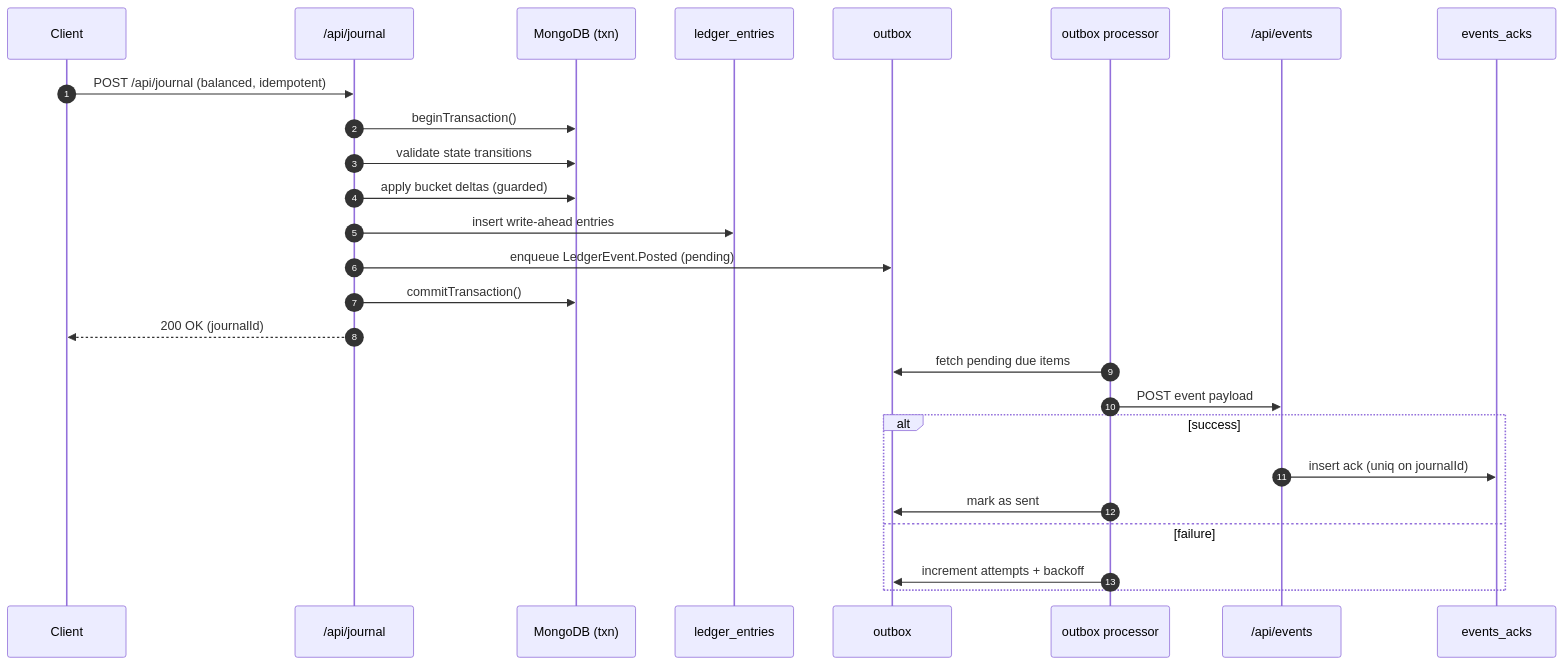
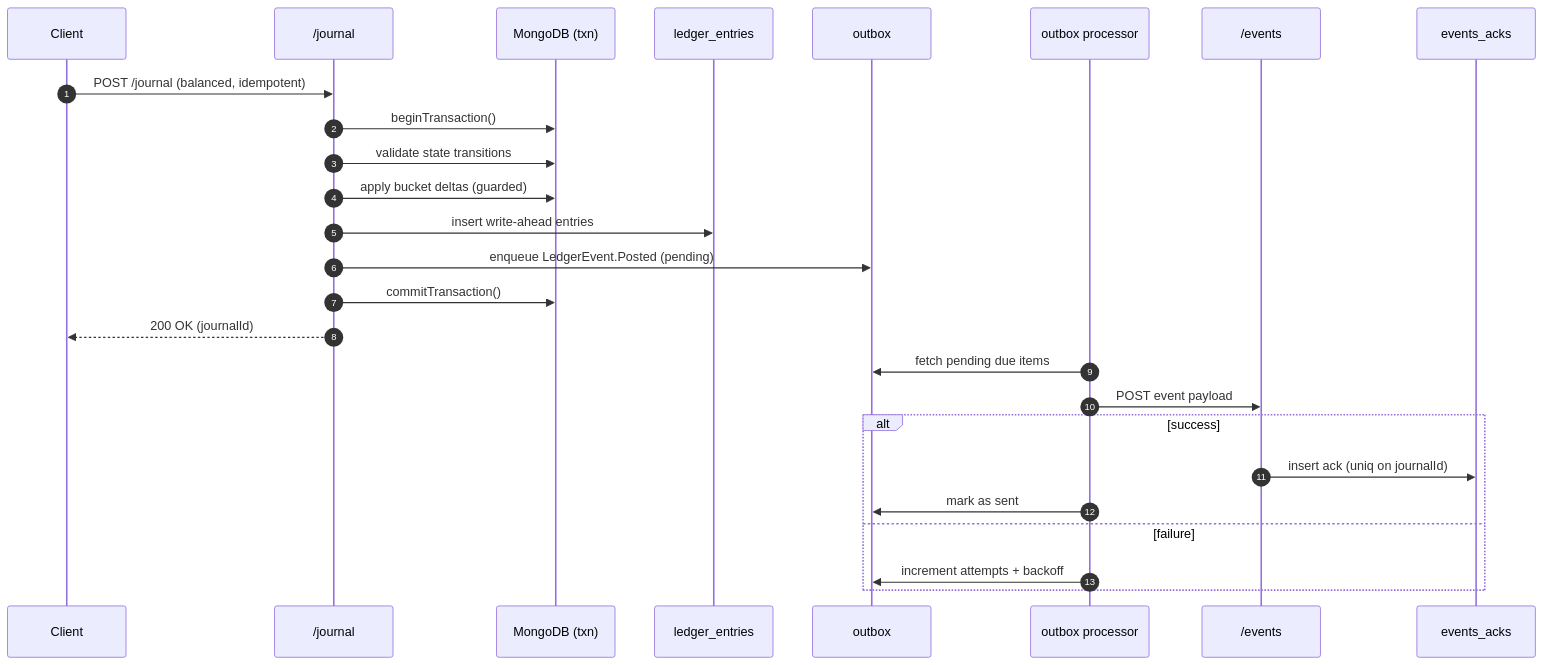
The diagram in README.md (lpinkhard/advanced-ledger-challenge), drawn with Mermaid before and after one commit. The commit also changed other lines of this file and 8 other files, not shown here.

````diff
--- a/README.md
+++ b/README.md
@@ -270,30 +270,30 @@
 ```mermaid
 sequenceDiagram
   autonumber
   participant C as Client
-  participant API as /api/journal
+  participant API as /journal
   participant DB as MongoDB (txn)
   participant LE as ledger_entries
   participant OB as outbox
   participant PROC as outbox processor
-  participant EVT as /api/events
+  participant EVT as /events
   participant ACK as events_acks
 
-  C->>API: POST /api/journal (balanced, idempotent)
+  C->>API: POST /journal (balanced, idempotent)
   API->>DB: beginTransaction()
   API->>DB: validate state transitions
   API->>DB: apply bucket deltas (guarded)
   API->>LE: insert write-ahead entries
   API->>OB: enqueue LedgerEvent.Posted (pending)
   API->>DB: commitTransaction()
   API-->>C: 200 OK (journalId)
 
   PROC->>OB: fetch pending due items
   PROC->>EVT: POST event payload
   alt success
     EVT->>ACK: insert ack (uniq on journalId)
     PROC->>OB: mark as sent
   else failure
     PROC->>OB: increment attempts + backoff
   end
 ```
````
